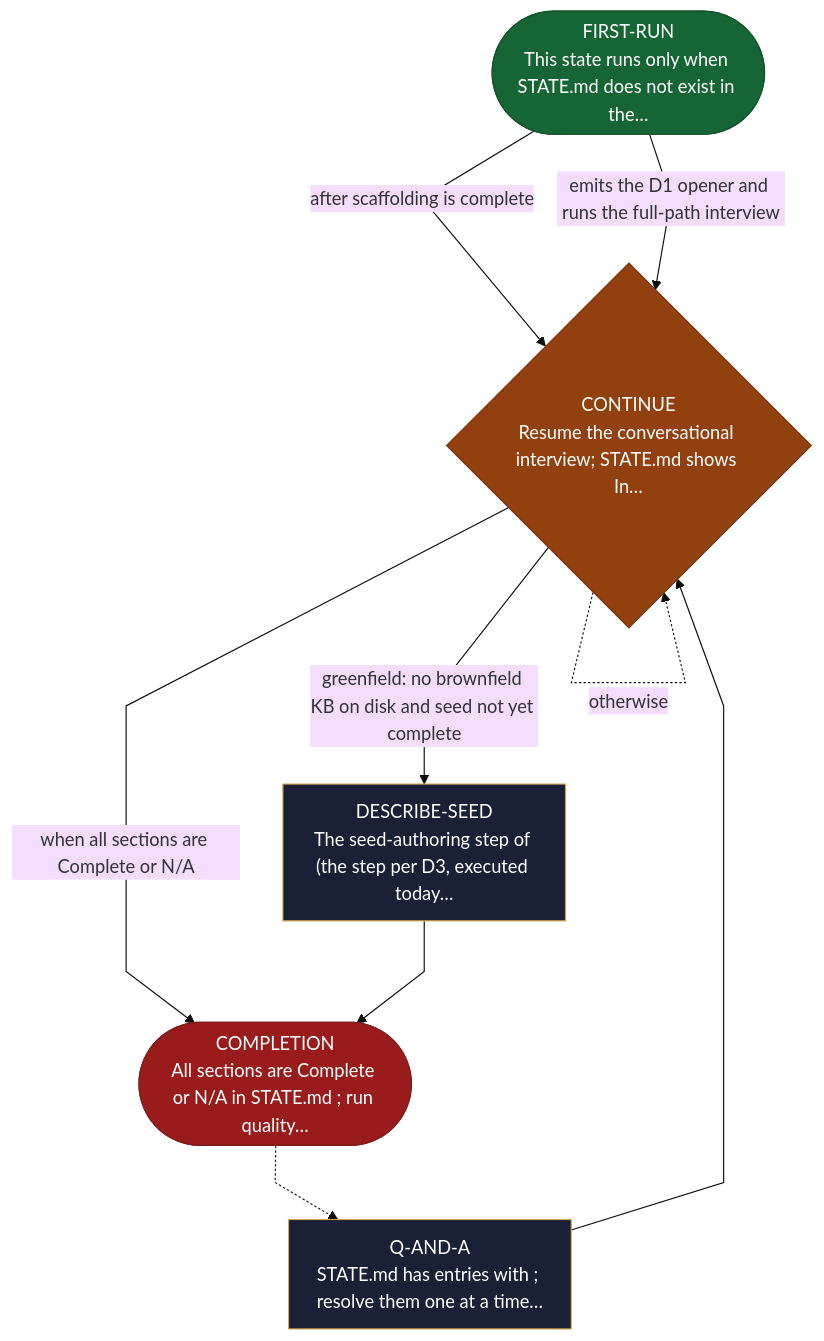
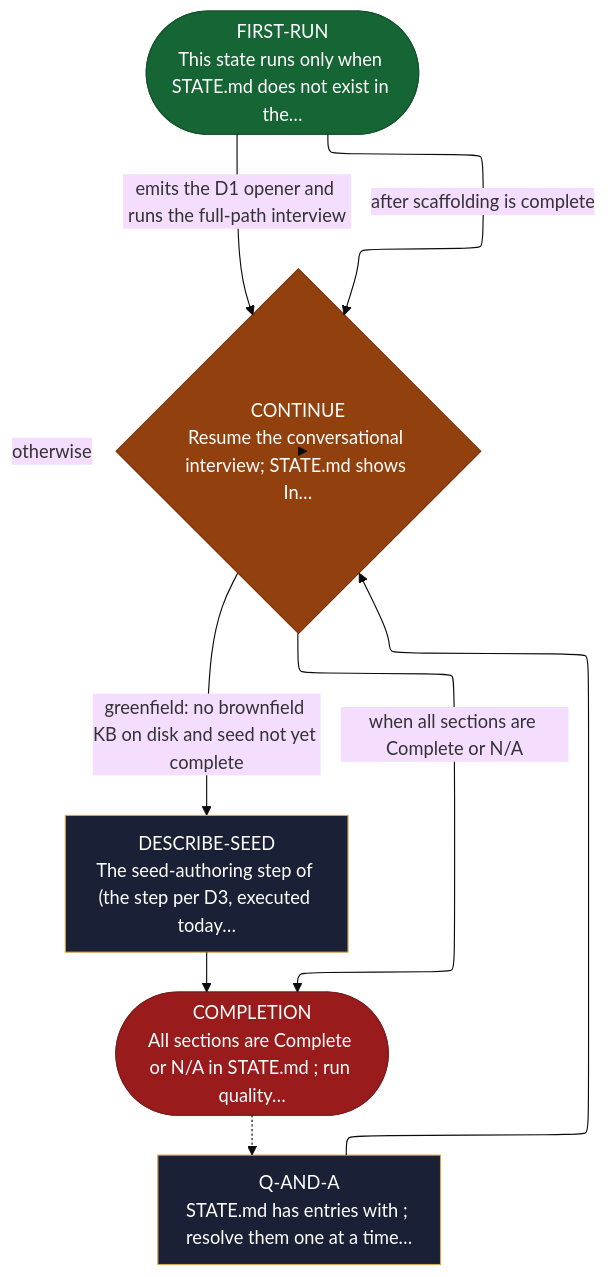
Before and after one commit to AndreVianna/aid-methodology: the diagram in site/src/content/docs/skills/aid-describe.md, drawn with Mermaid (base theme). The commit also changed 37 other files, not shown here.

````diff
--- a/site/src/content/docs/skills/aid-describe.md
+++ b/site/src/content/docs/skills/aid-describe.md
@@ -20,33 +20,41 @@
 ```mermaid
-%%{init: {'flowchart': {'nodeSpacing': 55, 'rankSpacing': 65, 'curve': 'linear', 'padding': 12, 'useMaxWidth': true}}}%%
+---
+config:
+  layout: elk
+  flowchart:
+    nodeSpacing: 55
+    rankSpacing: 65
+    padding: 12
+    useMaxWidth: true
+---
 flowchart TB
   classDef aidNode color:#fff
   classDef aidEntry fill:#166534,stroke:#14532d,color:#fff
   classDef aidExit fill:#991b1b,stroke:#7f1d1d,color:#fff
   classDef aidDecision fill:#92400e,stroke:#78350f,color:#fff
   classDef aidLoopBack fill:#1e3a8a,stroke:#1e3a8a,color:#fff
   classDef aidStep fill:#1a2035,stroke:#d4a853,color:#f1f5f9
   n1(["FIRST-RUN<br/>This state runs only when STATE.md does not exist in the…"])
   n2["Q-AND-A<br/>STATE.md has entries with ; resolve them one at a time…"]
   n3{"CONTINUE<br/>Resume the conversational interview; STATE.md shows In…"}
   n4["DESCRIBE-SEED<br/>The seed-authoring step of (the step per D3, executed today…"]
   n5(["COMPLETION<br/>All sections are Complete or N/A in STATE.md ; run quality…"])
   n1 -->|"after scaffolding is complete"| n3
   n1 -->|"emits the D1 opener and runs the full-path interview"| n3
   n2 --> n3
   n3 -. "otherwise" .-> n3
   n3 -->|"greenfield: no brownfield KB on disk and seed not yet complete"| n4
   n3 -->|"when all sections are Complete or N/A"| n5
   n4 --> n5
   n5 -.-> n2
   class n1 aidEntry
   class n2 aidStep
   class n3 aidDecision
   class n4 aidStep
   class n5 aidExit
   class n1 aidNode
   class n2 aidNode
   class n3 aidNode
   class n4 aidNode
   class n5 aidNode
 ```
````
